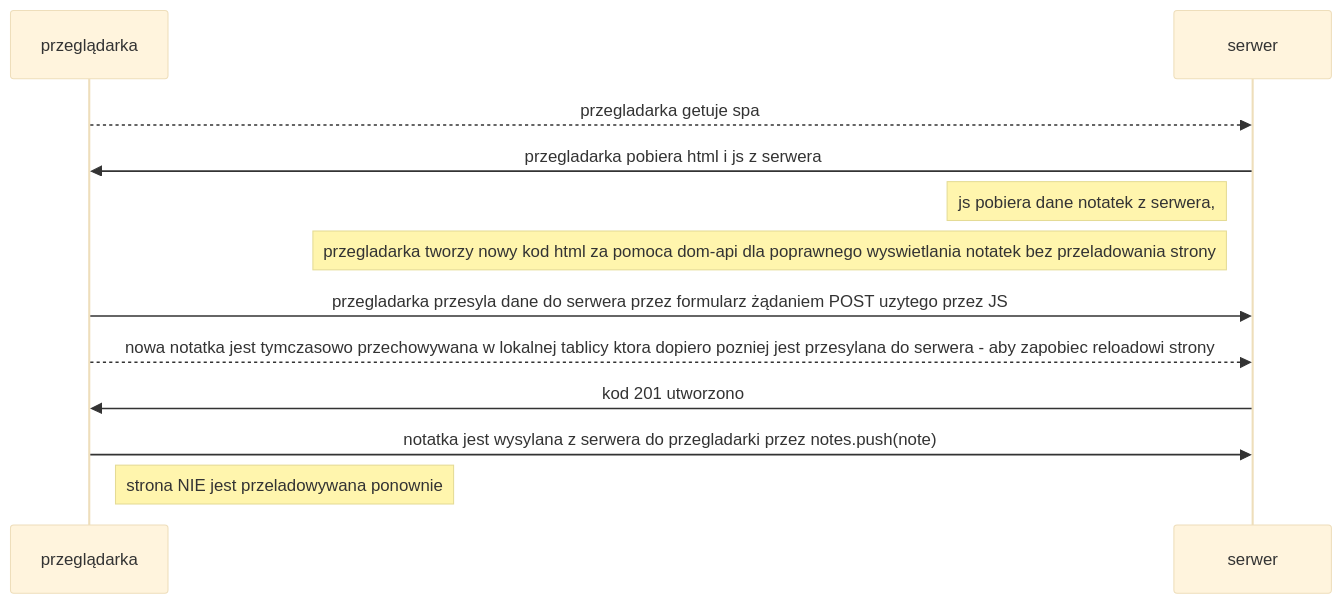
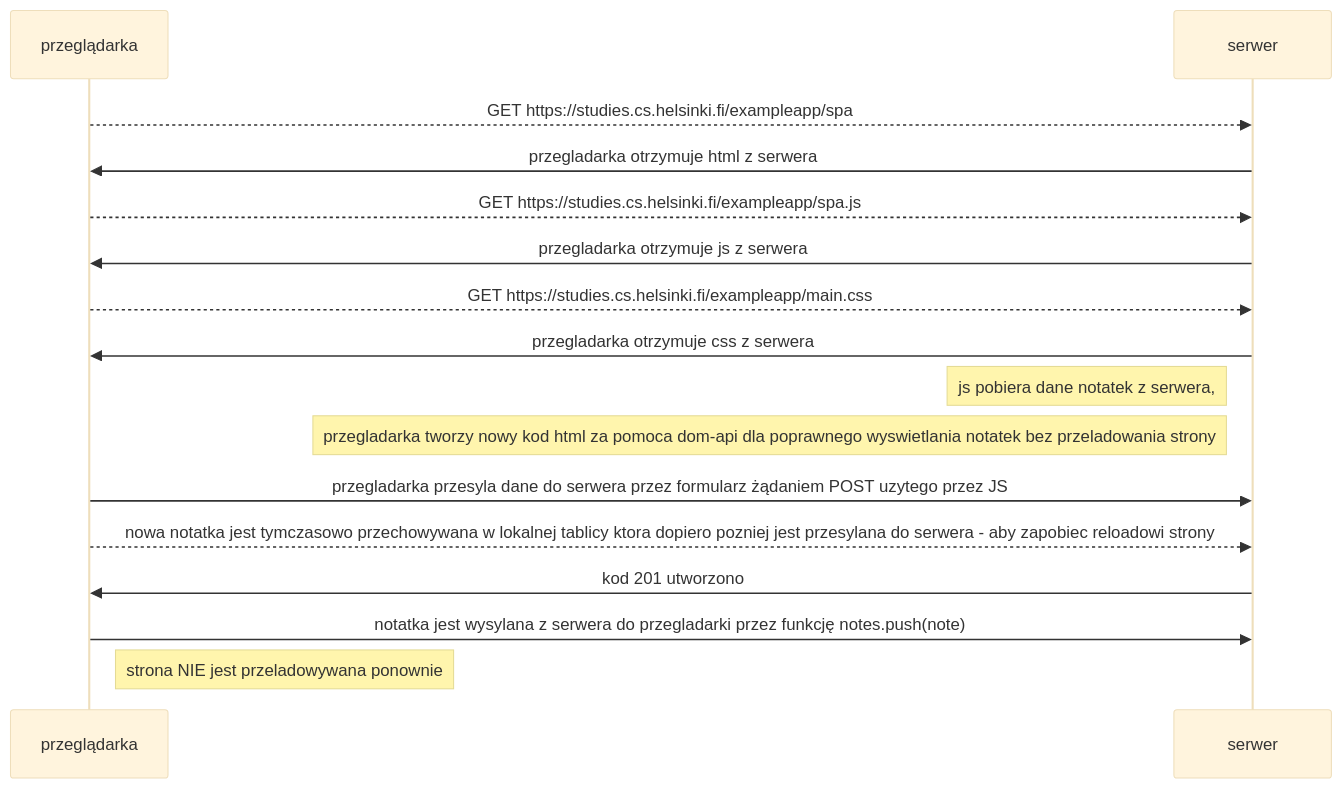
The diagram in zadanie 0.6/zadanie06moczek.mmd (hfbcgg/fullstackzadania), drawn with Mermaid (base theme) before and after one commit.

Commit message:
Update zadanie

```diff
--- a/zadanie 0.6/zadanie06moczek.mmd
+++ b/zadanie 0.6/zadanie06moczek.mmd
@@ -1,12 +1,16 @@
 sequenceDiagram
 participant przeglądarka
 participant serwer
-przeglądarka-->>serwer:przegladarka getuje spa
-    serwer->>przeglądarka:przegladarka pobiera html i js z serwera
+przeglądarka-->>serwer:GET https://studies.cs.helsinki.fi/exampleapp/spa
+    serwer->>przeglądarka:przegladarka otrzymuje html z serwera
+przeglądarka-->>serwer:GET https://studies.cs.helsinki.fi/exampleapp/spa.js
+    serwer->>przeglądarka:przegladarka otrzymuje js z serwera
+przeglądarka-->>serwer:GET https://studies.cs.helsinki.fi/exampleapp/main.css
+    serwer->>przeglądarka:przegladarka otrzymuje css z serwera
     note left of serwer:js pobiera dane notatek z serwera, 
     note left of serwer:przegladarka tworzy nowy kod html za pomoca dom-api dla poprawnego wyswietlania notatek bez przeladowania strony
     przeglądarka->>serwer:przegladarka przesyla dane do serwera przez formularz żądaniem POST uzytego przez JS
     przeglądarka-->>serwer:nowa notatka jest tymczasowo przechowywana w lokalnej tablicy ktora dopiero pozniej jest przesylana do serwera - aby zapobiec reloadowi strony
     serwer->>przeglądarka:kod 201 utworzono
-    przeglądarka->>serwer:notatka jest wysylana z serwera do przegladarki przez notes.push(note)
+    przeglądarka->>serwer:notatka jest wysylana z serwera do przegladarki przez funkcję notes.push(note)
     Note right of przeglądarka:strona NIE jest przeladowywana ponownie
```
